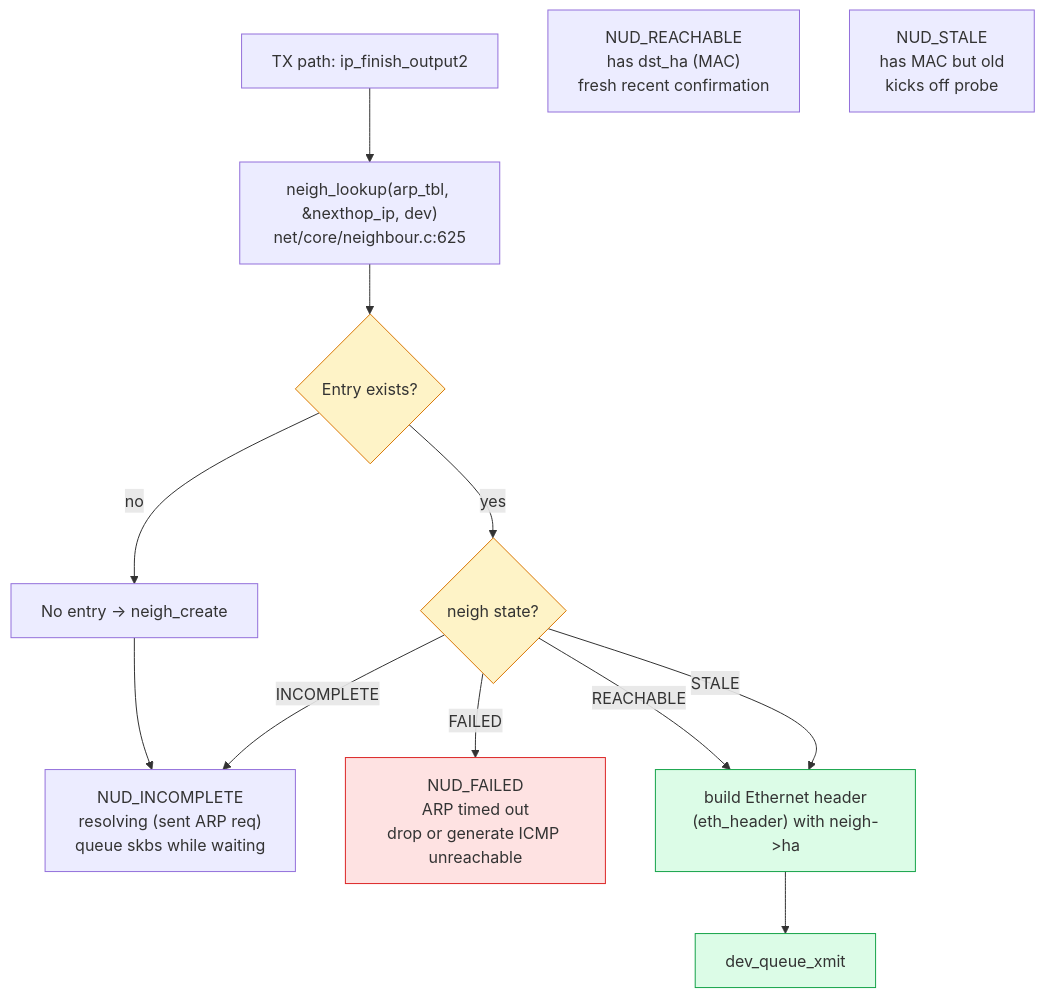
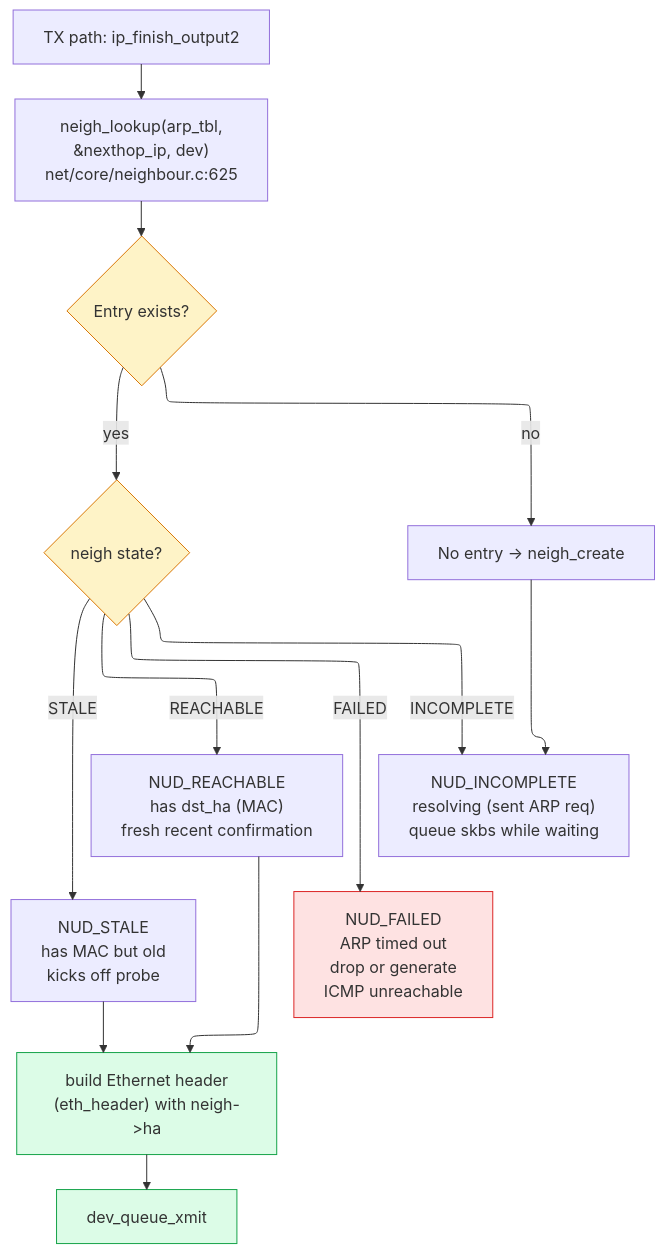
The diagram in linux-net/src/diagrams/src/day07_neigh_lookup.mmd (biefy/books), drawn with Mermaid before and after one commit. The commit also changed 208 other files, not shown here.

First line of the commit message:
books: re-render diagrams vertically so text ≈ body size (#64)

```diff
--- a/linux-net/src/diagrams/src/day07_neigh_lookup.mmd
+++ b/linux-net/src/diagrams/src/day07_neigh_lookup.mmd
@@ -1,29 +1,35 @@
+---
+config:
+  flowchart:
+    defaultRenderer: elk
+---
 flowchart TD
     Send["TX path: ip_finish_output2"]
-    Lookup["neigh_lookup(arp_tbl, &nexthop_ip, dev)<br/>net/core/neighbour.c:625"]
+    Lookup["neigh_lookup(arp_tbl,<br/>&nexthop_ip, dev)<br/>net/core/neighbour.c:625"]
     Found{Entry exists?}
     State{neigh state?}
-
+    None["No entry → neigh_create"]
     Reachable["NUD_REACHABLE<br/>has dst_ha (MAC)<br/>fresh recent confirmation"]
     Stale["NUD_STALE<br/>has MAC but old<br/>kicks off probe"]
-    None["No entry → neigh_create"]
     Incomplete["NUD_INCOMPLETE<br/>resolving (sent ARP req)<br/>queue skbs while waiting"]
-    Failed["NUD_FAILED<br/>ARP timed out<br/>drop or generate ICMP unreachable"]
-
+    Failed["NUD_FAILED<br/>ARP timed out<br/>drop or generate<br/>ICMP unreachable"]
     BuildL2["build Ethernet header<br/>(eth_header) with neigh->ha"]
     Xmit["dev_queue_xmit"]
-
     Send --> Lookup --> Found
+    Found -->|no| None --> Incomplete
     Found -->|yes| State
-    Found -->|no| None --> Incomplete
-    State -->|REACHABLE| BuildL2 --> Xmit
-    State -->|STALE| BuildL2
+    State -->|REACHABLE| Reachable
+    State -->|STALE| Stale
     State -->|INCOMPLETE| Incomplete
     State -->|FAILED| Failed
+    Reachable --> BuildL2 --> Xmit
+    Stale --> BuildL2
+    Reachable ~~~ Stale
+    Incomplete ~~~ Failed
 
     classDef ok fill:#dcfce7,stroke:#16a34a
     classDef bad fill:#fee2e2,stroke:#dc2626
     classDef hot fill:#fef3c7,stroke:#d97706
     class BuildL2,Xmit ok
     class Failed bad
     class Found,State hot
```
